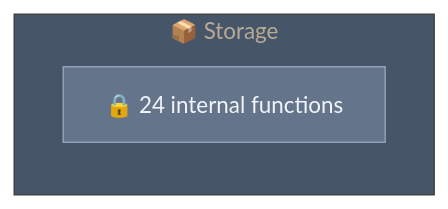
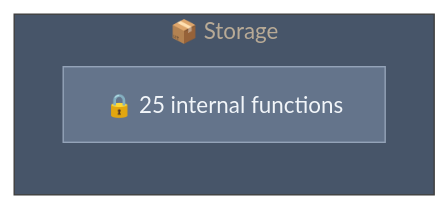
One commit to Ansh-dhanani/mikk changed the diagram in .mikk/diagrams/capsules/packages-watcher.mmd. Above: the diagram before and after it, drawn with Mermaid. The commit also changed 93 other files, not shown here.

Commit message:
feat: Introduce core parsing, contract, CLI, watcher, MCP server, AI context, intent engine, diagram generation, and web app components.

```diff
--- a/.mikk/diagrams/capsules/packages-watcher.mmd
+++ b/.mikk/diagrams/capsules/packages-watcher.mmd
@@ -1,12 +1,12 @@
 %%{init: {"theme": "base", "themeVariables": {"primaryColor": "#1e293b", "primaryTextColor": "#e2e8f0", "lineColor": "#64748b", "secondaryColor": "#334155", "tertiaryColor": "#475569", "background": "#0f172a", "mainBkg": "#1e293b", "nodeBorder": "#475569"}}}%%
 graph LR
 
     subgraph packages_watcher["📦 Storage"]
         direction TB
-        internal["🔒 24 internal functions"]
+        internal["🔒 25 internal functions"]
     end
 
 
     classDef publicApi fill:#22c55e,stroke:#4ade80,color:#f0fdf4
     classDef internalApi fill:#64748b,stroke:#94a3b8,color:#f1f5f9
     class internal internalApi
```
